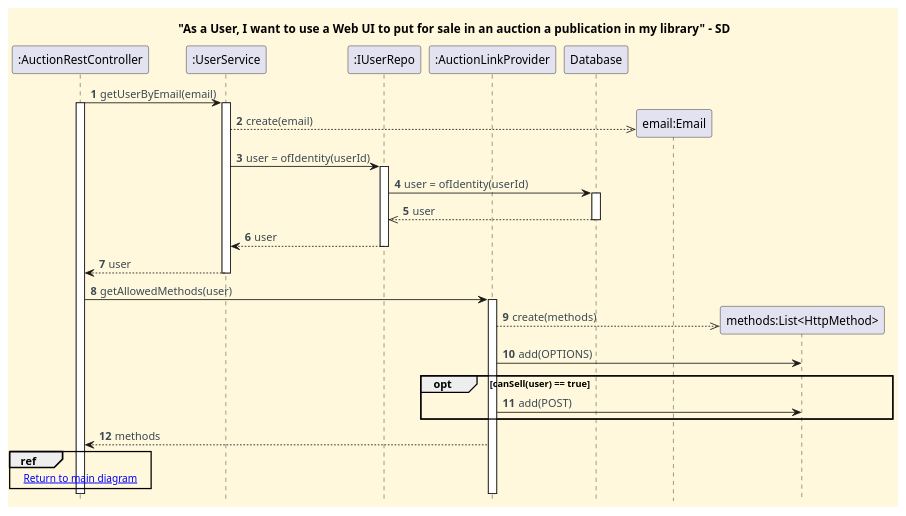
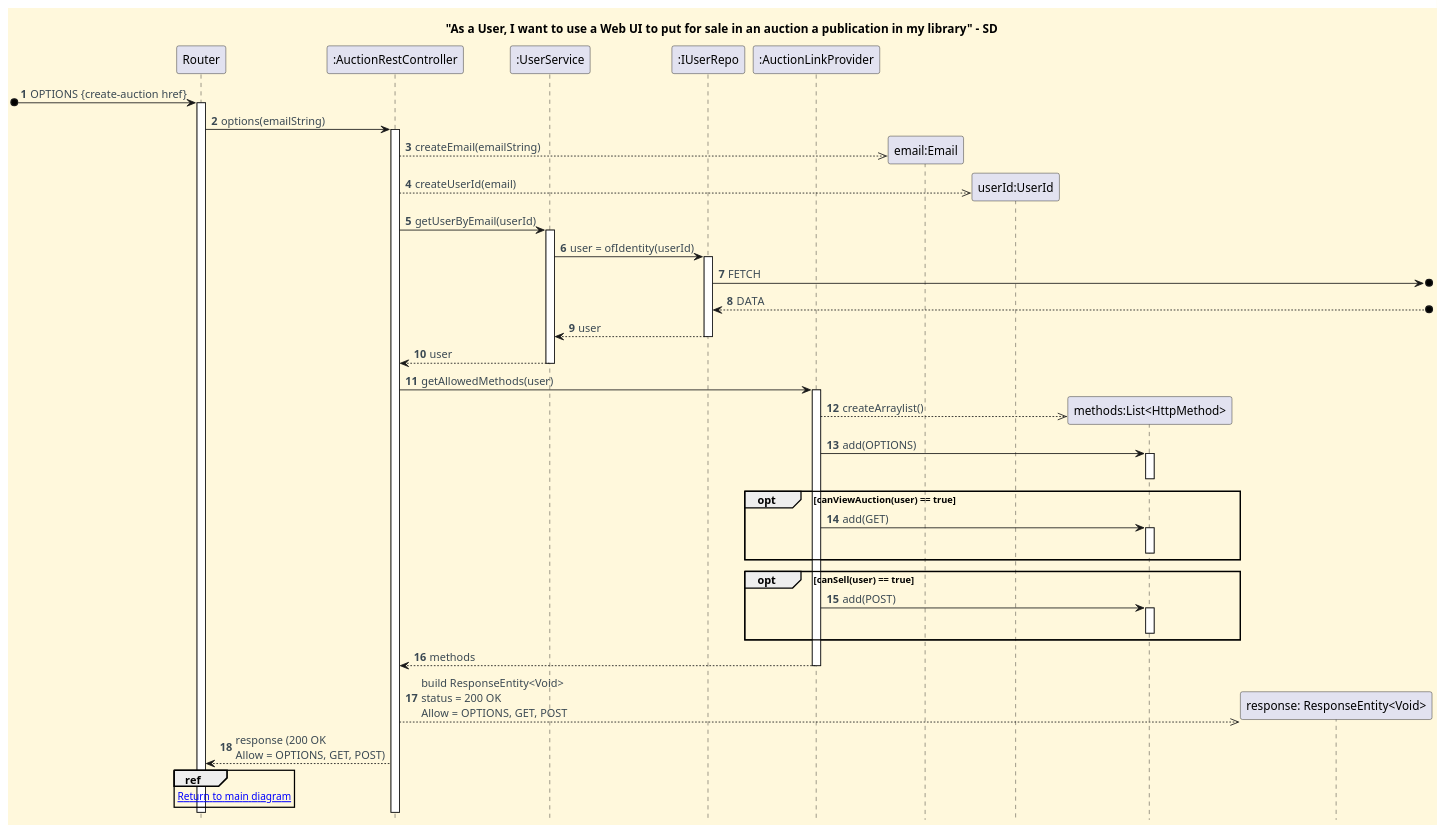
One commit to CarolinaLeite-collab/JavaMarketplacePlatform changed the diagram in docs/client-server-diagrams/put-a-publication-in-my-library-on-auction/rest-sd-ref-diagrams/OPTIONS_Create_Auction_SD.puml. Above: the diagram before and after it, drawn with PlantUML.

Commit message:
docs: update OPTIONS /auctions sequence diagram for Allow header responses, refs #1128

```diff
--- a/docs/client-server-diagrams/put-a-publication-in-my-library-on-auction/rest-sd-ref-diagrams/OPTIONS_Create_Auction_SD.puml
+++ b/docs/client-server-diagrams/put-a-publication-in-my-library-on-auction/rest-sd-ref-diagrams/OPTIONS_Create_Auction_SD.puml
@@ -1,61 +1,83 @@
 @startuml
 '==== Title ====
 title "As a User, I want to use a Web UI to put for sale in an auction a publication in my library" - SD
 
 '==== basic style ====
 skinparam monochrome false
 skinparam shadowing false
 skinparam defaultFontName Futura
 skinparam objectFontSize 20
 skinparam backgroundColor CornSilk
 skinparam objectBackgroundColor WhiteSmoke
 skinparam noteBackgroundColor #FFFFE0
 skinparam ArrowFontColor #3B4953
 skinparam ActivationBackgroundColor black
 hidefootbox
 autonumber
 
+participant "Router" as router
 participant ":AuctionRestController" as REST
 participant ":UserService" as userService
 participant ":IUserRepo" as userRepo
 participant ":AuctionLinkProvider" as link
-participant "Database" as DB
 
-REST -> userService : getUserByEmail(email)
-activate userService
+[o-> router : OPTIONS {create-auction href}
+activate router
+
+router -> REST : options(emailString)
 activate REST
 
 create "email:Email" as email
-userService -->> email : create(email)
+REST -->> email : createEmail(emailString)
+
+create "userId:UserId" as userId
+REST -->> userId : createUserId(email)
+
+REST -> userService : getUserByEmail(userId)
+activate userService
 
 userService -> userRepo : user = ofIdentity(userId)
 activate userRepo
-userRepo -> DB : user = ofIdentity(userId)
-activate DB
-DB -->> userRepo : user
-deactivate DB
+userRepo ->o] : FETCH
+userRepo <--o]: DATA
 userRepo --> userService : user
 deactivate userRepo
 
 userService --> REST : user
 deactivate userService
 
 REST -> link : getAllowedMethods(user)
 activate link
 
 create "methods:List<HttpMethod>" as method
-link -->> method : create(methods)
+link -->> method : createArraylist()
 
 link -> method : add(OPTIONS)
+activate method
+deactivate method
+
+opt canViewAuction(user) == true
+    link -> method : add(GET)
+    activate method
+    deactivate method
+end
 
 opt canSell(user) == true
     link -> method : add(POST)
+    activate method
+    deactivate method
 end
 
 link --> REST : methods
+deactivate link
 
-ref over REST
+create "response: ResponseEntity<Void>" as response
+REST -->> response : build ResponseEntity<Void> \nstatus = 200 OK \nAllow = OPTIONS, GET, POST
+
+REST --> router : response (200 OK \nAllow = OPTIONS, GET, POST)
+
+ref over router
 [[../Process_View_Level_3_SD.puml Return to main diagram]]
 end ref
 
 @enduml
```
